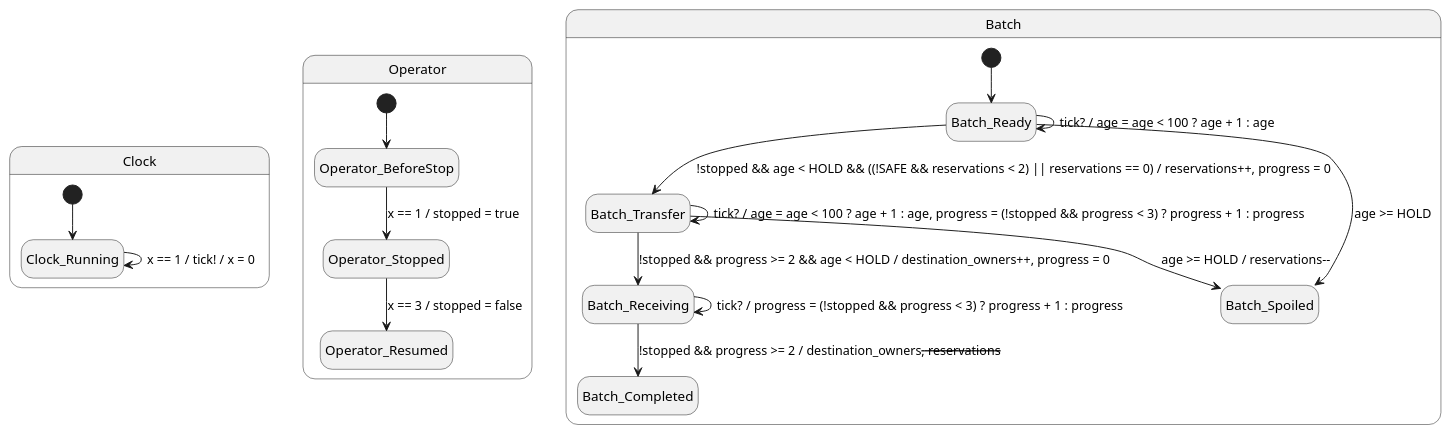
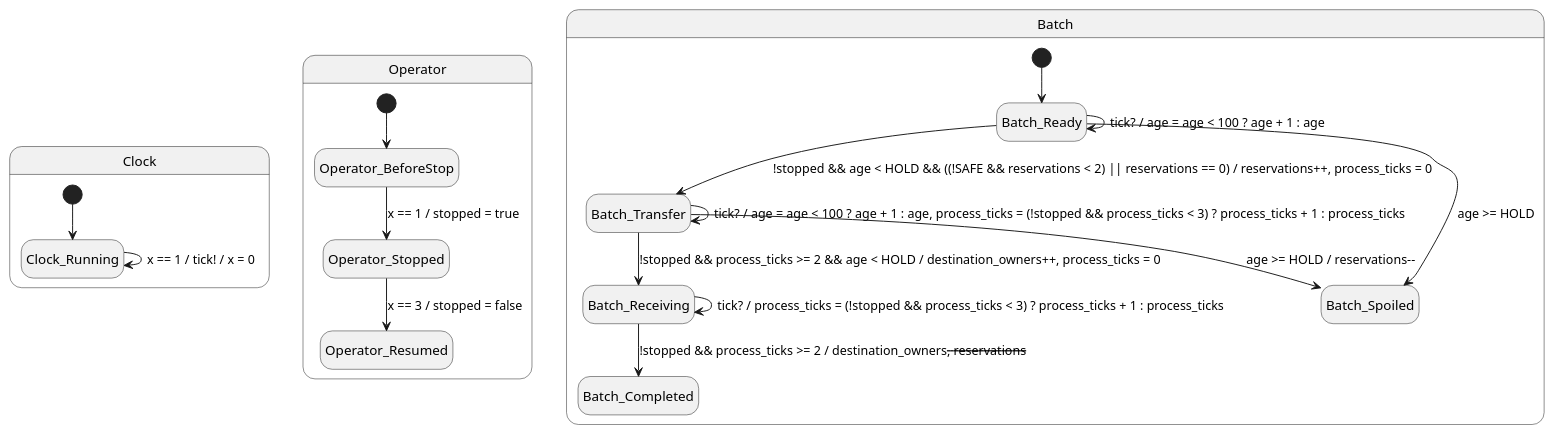
One commit to shallowboii/Advanced-Software-Architecture-Group4 changed the diagram in src/models/generated/transfer.puml. Above: the diagram before and after it, drawn with PlantUML. The commit also changed 14 other files, not shown here.

```diff
--- a/src/models/generated/transfer.puml
+++ b/src/models/generated/transfer.puml
@@ -1,32 +1,32 @@
 @startuml
 hide empty description
 state "Clock" as Clock {
   state Clock_Running
   [*] --> Clock_Running
   Clock_Running --> Clock_Running : x == 1 / tick! / x = 0
 }
 state "Operator" as Operator {
   state Operator_BeforeStop
   state Operator_Stopped
   state Operator_Resumed
   [*] --> Operator_BeforeStop
   Operator_BeforeStop --> Operator_Stopped : x == 1 / stopped = true
   Operator_Stopped --> Operator_Resumed : x == 3 / stopped = false
 }
 state "Batch" as Batch {
   state Batch_Ready
   state Batch_Transfer
   state Batch_Receiving
   state Batch_Completed
   state Batch_Spoiled
   [*] --> Batch_Ready
   Batch_Ready --> Batch_Ready : tick? / age = age < 100 ? age + 1 : age
-  Batch_Ready --> Batch_Transfer : !stopped && age < HOLD && ((!SAFE && reservations < 2) || reservations == 0) / reservations++, progress = 0
+  Batch_Ready --> Batch_Transfer : !stopped && age < HOLD && ((!SAFE && reservations < 2) || reservations == 0) / reservations++, process_ticks = 0
   Batch_Ready --> Batch_Spoiled : age >= HOLD
-  Batch_Transfer --> Batch_Transfer : tick? / age = age < 100 ? age + 1 : age, progress = (!stopped && progress < 3) ? progress + 1 : progress
-  Batch_Transfer --> Batch_Receiving : !stopped && progress >= 2 && age < HOLD / destination_owners++, progress = 0
+  Batch_Transfer --> Batch_Transfer : tick? / age = age < 100 ? age + 1 : age, process_ticks = (!stopped && process_ticks < 3) ? process_ticks + 1 : process_ticks
+  Batch_Transfer --> Batch_Receiving : !stopped && process_ticks >= 2 && age < HOLD / destination_owners++, process_ticks = 0
   Batch_Transfer --> Batch_Spoiled : age >= HOLD / reservations--
-  Batch_Receiving --> Batch_Receiving : tick? / progress = (!stopped && progress < 3) ? progress + 1 : progress
-  Batch_Receiving --> Batch_Completed : !stopped && progress >= 2 / destination_owners--, reservations--
+  Batch_Receiving --> Batch_Receiving : tick? / process_ticks = (!stopped && process_ticks < 3) ? process_ticks + 1 : process_ticks
+  Batch_Receiving --> Batch_Completed : !stopped && process_ticks >= 2 / destination_owners--, reservations--
 }
 @enduml
```
